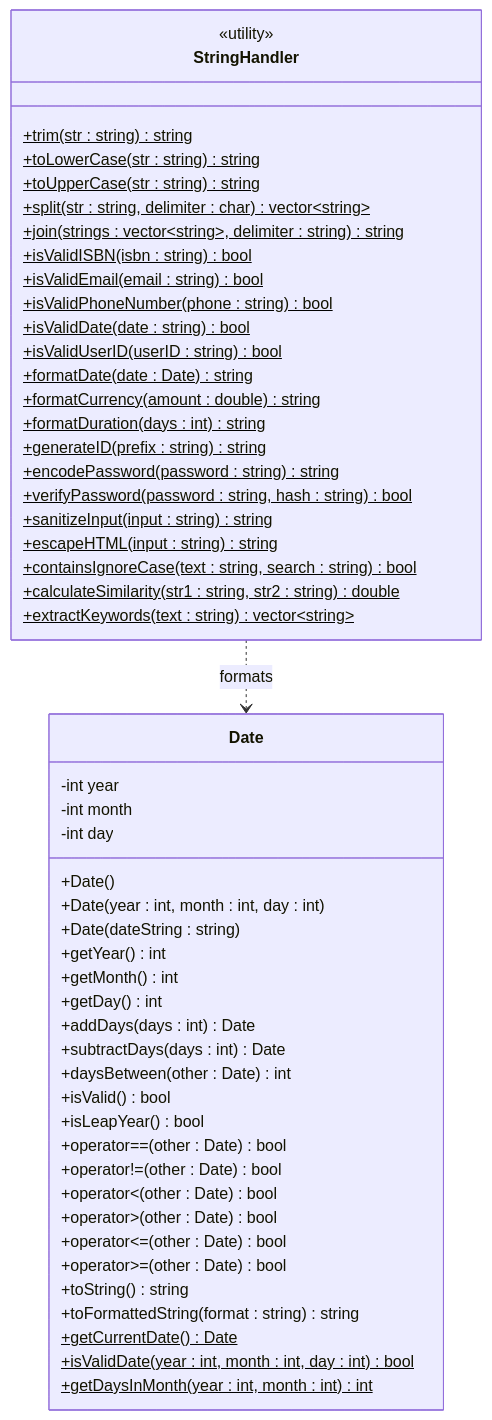
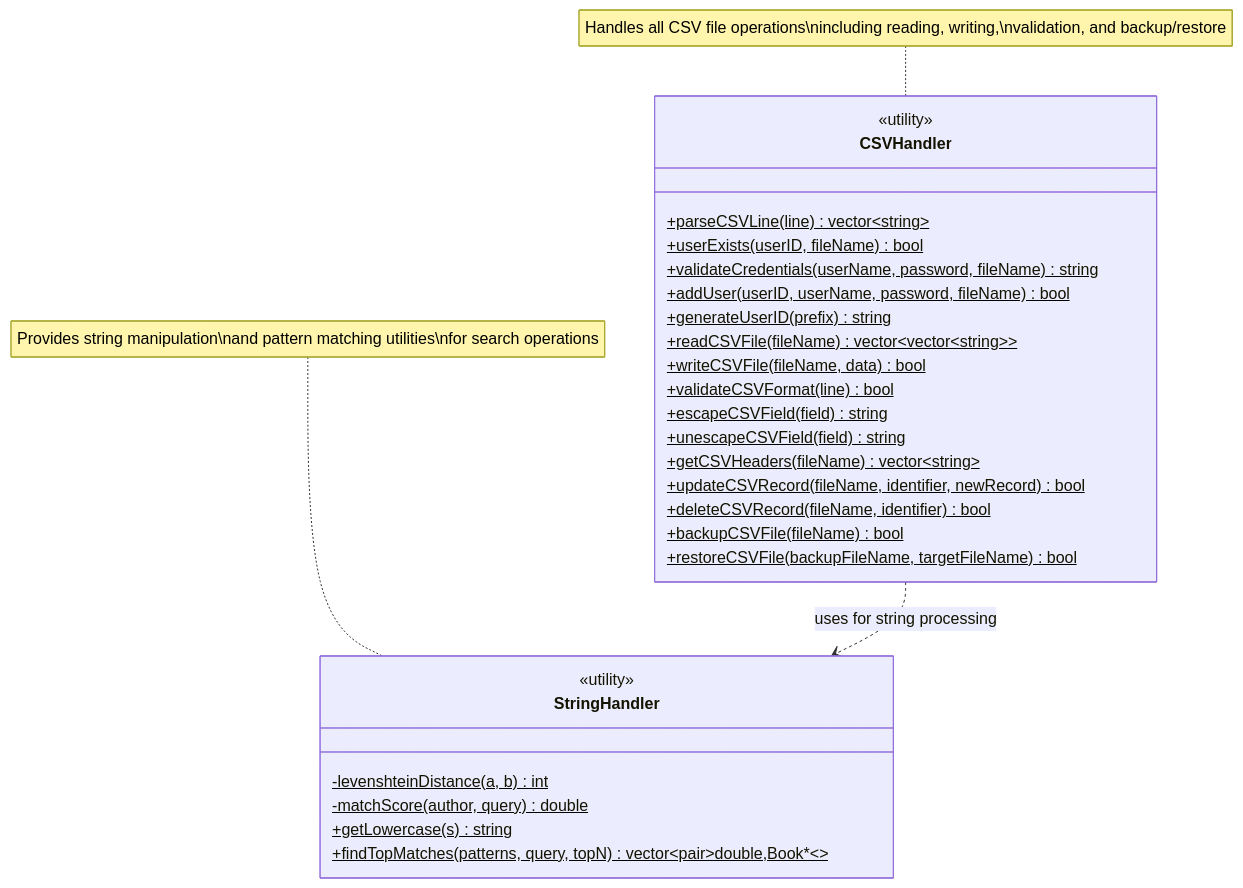
The tenth of 29 diagrams in docs/report.md (DankDaPancake/LibraryManagementSystem), drawn with Mermaid before and after one commit. The commit also changed other lines of this file and 49 other files, not shown here.

````diff
--- a/docs/report.md
+++ b/docs/report.md
@@ -1146,58 +1140,35 @@
 ```mermaid
 classDiagram
     class StringHandler {
         <<utility>>
-        +trim(str : string)$ string
-        +toLowerCase(str : string)$ string
-        +toUpperCase(str : string)$ string
-        +split(str : string, delimiter : char)$ vector~string~
-        +join(strings : vector~string~, delimiter : string)$ string
-        +isValidISBN(isbn : string)$ bool
-        +isValidEmail(email : string)$ bool
-        +isValidPhoneNumber(phone : string)$ bool
-        +isValidDate(date : string)$ bool
-        +isValidUserID(userID : string)$ bool
-        +formatDate(date : Date)$ string
-        +formatCurrency(amount : double)$ string
-        +formatDuration(days : int)$ string
-        +generateID(prefix : string)$ string
-        +encodePassword(password : string)$ string
-        +verifyPassword(password : string, hash : string)$ bool
-        +sanitizeInput(input : string)$ string
-        +escapeHTML(input : string)$ string
-        +containsIgnoreCase(text : string, search : string)$ bool
-        +calculateSimilarity(str1 : string, str2 : string)$ double
-        +extractKeywords(text : string)$ vector~string~
+        -levenshteinDistance(a, b) int$
+        -matchScore(author, query) double$
+        +getLowercase(s) string$
+        +findTopMatches(patterns, query, topN) vector~pair~double,Book*~~$
     }
     
-    class Date {
-        -int year
-        -int month
-        -int day
-        +Date()
-        +Date(year : int, month : int, day : int)
-        +Date(dateString : string)
-        +getYear() int
-        +getMonth() int
-        +getDay() int
-        +addDays(days : int) Date
-        +subtractDays(days : int) Date
-        +daysBetween(other : Date) int
-        +isValid() bool
-        +isLeapYear() bool
-        +operator==(other : Date) bool
-        +operator!=(other : Date) bool
-        +operator<(other : Date) bool
-        +operator>(other : Date) bool
-        +operator<=(other : Date) bool
-        +operator>=(other : Date) bool
-        +toString() string
-        +toFormattedString(format : string) string
-        +getCurrentDate()$ Date
-        +isValidDate(year : int, month : int, day : int)$ bool
-        +getDaysInMonth(year : int, month : int)$ int
+    class CSVHandler {
+        <<utility>>
+        +parseCSVLine(line) vector~string~$
+        +userExists(userID, fileName) bool$
+        +validateCredentials(userName, password, fileName) string$
+        +addUser(userID, userName, password, fileName) bool$
+        +generateUserID(prefix) string$
+        +readCSVFile(fileName) vector~vector~string~~$
+        +writeCSVFile(fileName, data) bool$
+        +validateCSVFormat(line) bool$
+        +escapeCSVField(field) string$
+        +unescapeCSVField(field) string$
+        +getCSVHeaders(fileName) vector~string~$
+        +updateCSVRecord(fileName, identifier, newRecord) bool$
+        +deleteCSVRecord(fileName, identifier) bool$
+        +backupCSVFile(fileName) bool$
+        +restoreCSVFile(backupFileName, targetFileName) bool$
     }
     
     %% Relationships
-    StringHandler ..> Date : formats
+    CSVHandler ..> StringHandler : uses for string processing
+    
+    note for CSVHandler "Handles all CSV file operations\nincluding reading, writing,\nvalidation, and backup/restore"
+    note for StringHandler "Provides string manipulation\nand pattern matching utilities\nfor search operations"
 ```
````
